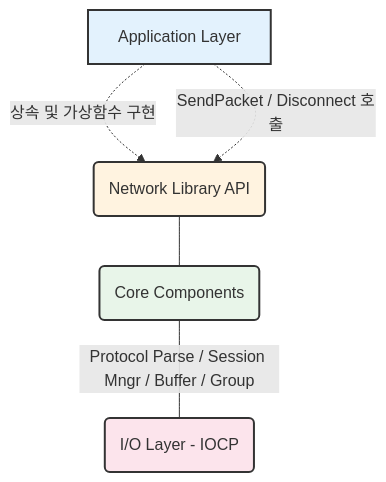
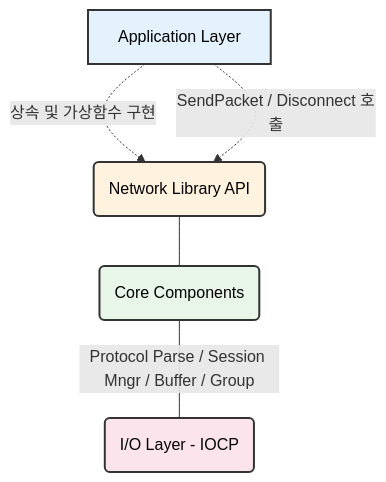
The diagram in 1. NetworkLibrary/README.md (devMains/MMORPG-Portfolio), drawn with Mermaid before and after one commit. The commit also changed other lines of this file, not shown here.

````diff
--- a/1. NetworkLibrary/README.md
+++ b/1. NetworkLibrary/README.md
@@ -41,12 +41,12 @@
 ```mermaid
 graph TD
     A[Application Layer] -.->|상속 및 가상함수 구현| B(Network Library API)
     A -.->|SendPacket / Disconnect 호출| B
     B --- C(Core Components)
     C ---|Protocol Parse / Session Mngr / Buffer / Group| D(I/O Layer - IOCP)
     
-    style A fill:#e3f2fd,stroke:#333,stroke-width:2px
-    style B fill:#fff3e0,stroke:#333,stroke-width:2px
-    style C fill:#e8f5e9,stroke:#333,stroke-width:2px
-    style D fill:#fce4ec,stroke:#333,stroke-width:2px
+    style A fill:#e3f2fd,stroke:#333,stroke-width:2px, color:#000000
+    style B fill:#fff3e0,stroke:#333,stroke-width:2px, color:#000000
+    style C fill:#e8f5e9,stroke:#333,stroke-width:2px, color:#000000
+    style D fill:#fce4ec,stroke:#333,stroke-width:2px, color:#000000
 ```
````
